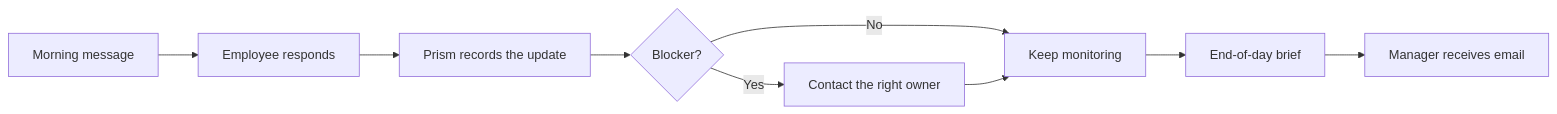
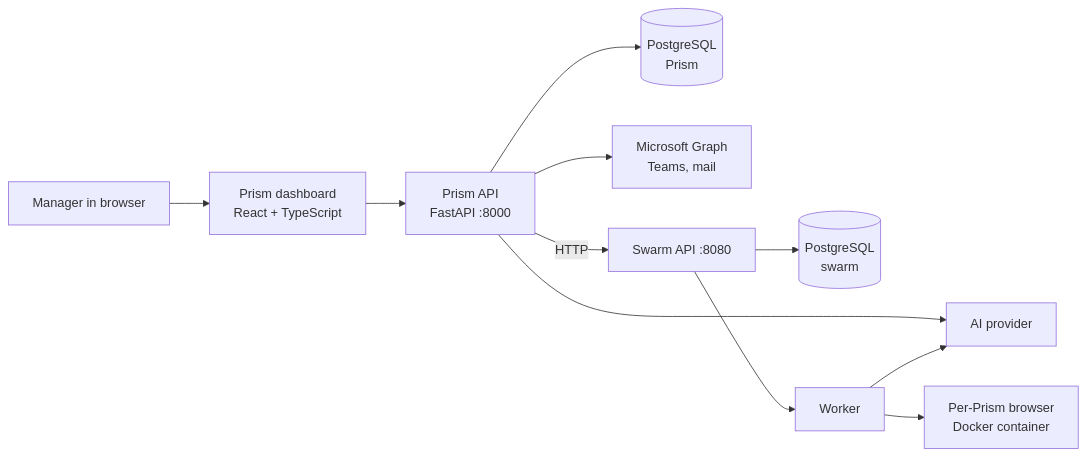
Before and after one commit to oneclarity-ai/prism: the diagram in README.md, drawn with Mermaid. The commit also changed other lines of this file, not shown here.

Commit message:
docs: rewrite README for the monorepo (what Prism does, setup, Teams, computers, Docker, troubleshooting)

````diff
--- a/README.md
+++ b/README.md
@@ -50,11 +47,13 @@
 ```mermaid
 flowchart LR
-    A[Morning message] --> B[Employee responds]
-    B --> C[Prism records the update]
-    C --> D{Blocker?}
-    D -->|Yes| E[Contact the right owner]
-    D -->|No| F[Keep monitoring]
-    E --> F
-    F --> G[End-of-day brief]
-    G --> H[Manager receives email]
+    M[Manager in browser] --> D[Prism dashboard<br/>React + TypeScript]
+    D --> P[Prism API<br/>FastAPI :8000]
+    P --> DB1[(PostgreSQL<br/>Prism)]
+    P --> G[Microsoft Graph<br/>Teams, mail]
+    P --> L[AI provider]
+    P -->|HTTP| S[Swarm API :8080]
+    S --> DB2[(PostgreSQL<br/>swarm)]
+    S --> W[Worker]
+    W --> C[Per-Prism browser<br/>Docker container]
+    W --> L
 ```
````
